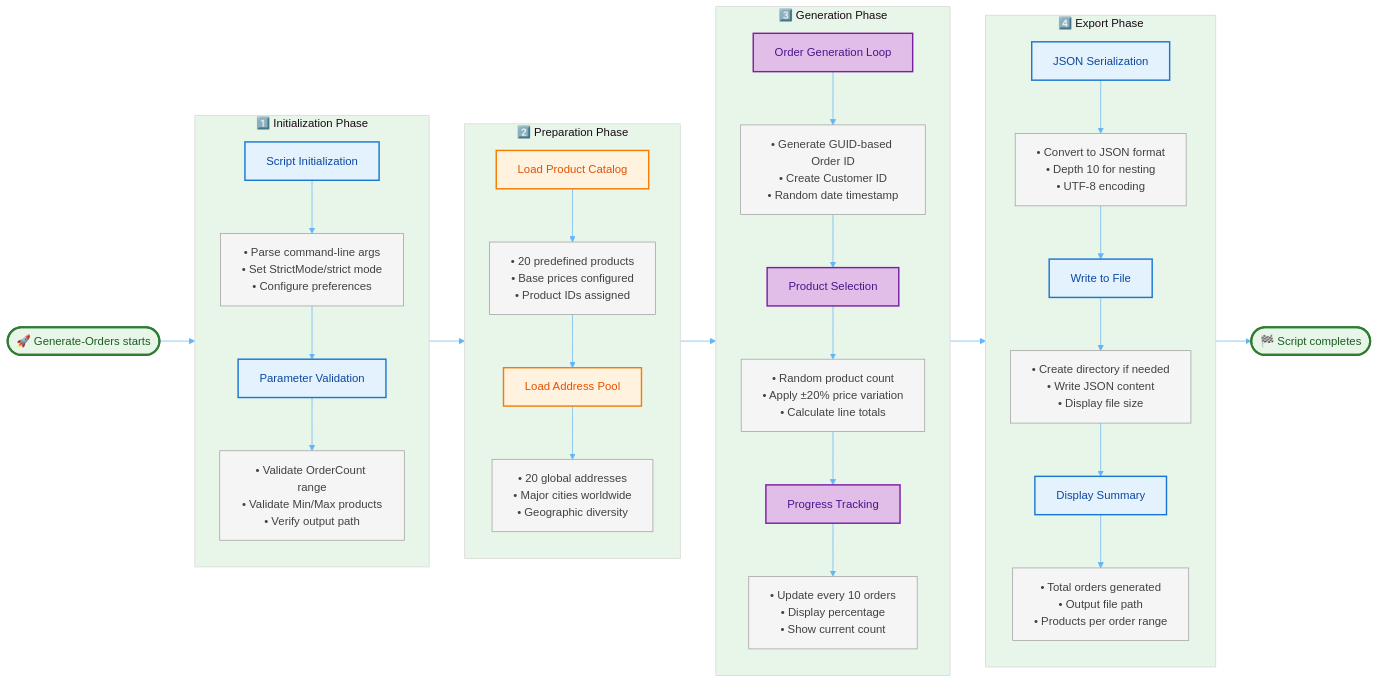
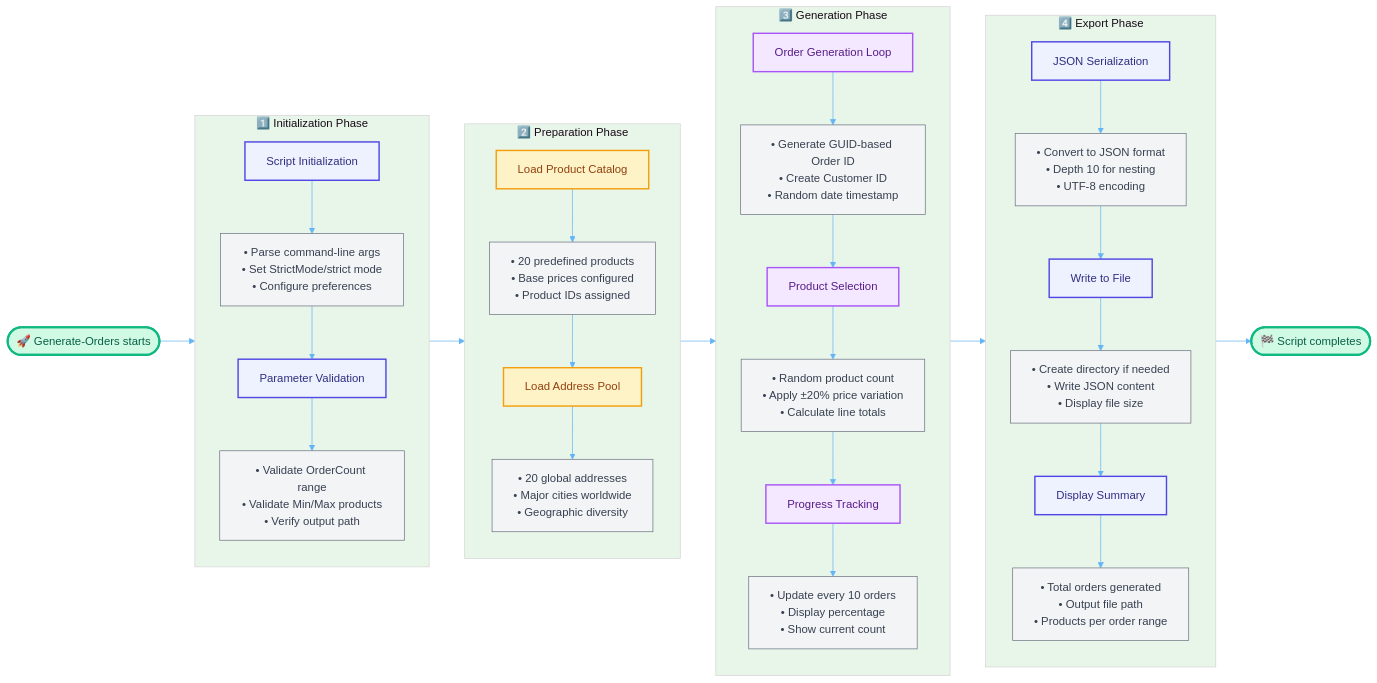
The diagram in docs/hooks/Generate-Orders.md (Evilazaro/Azure-LogicApps-Monitoring), drawn with Mermaid before and after one commit. The commit also changed 11 other files, not shown here.

Commit message:
feat(docs): Update diagrams with modern color palette for improved accessibility and clarity

```diff
--- a/docs/hooks/Generate-Orders.md
+++ b/docs/hooks/Generate-Orders.md
@@ -566,11 +566,11 @@
     %% --- Style Definitions ---
     %% Color palette follows Material Design guidelines
     %% Green: Success states | Blue: Process steps | Orange: Data ops | Purple: Generation
-    classDef startEndStyle fill:#e8f5e9,stroke:#2e7d32,stroke-width:3px,color:#1b5e20
-    classDef processStyle fill:#e3f2fd,stroke:#1976d2,stroke-width:2px,color:#0d47a1
-    classDef detailStyle fill:#f5f5f5,stroke:#9e9e9e,stroke-width:1px,color:#424242
-    classDef dataStyle fill:#fff3e0,stroke:#f57c00,stroke-width:2px,color:#e65100
-    classDef generateStyle fill:#e1bee7,stroke:#7b1fa2,stroke-width:2px,color:#4a148c
+    classDef startEndStyle fill:#D1FAE5,stroke:#10B981,stroke-width:3px,color:#065F46
+    classDef processStyle fill:#EEF2FF,stroke:#4F46E5,stroke-width:2px,color:#312E81
+    classDef detailStyle fill:#F3F4F6,stroke:#6B7280,stroke-width:1px,color:#374151
+    classDef dataStyle fill:#FEF3C7,stroke:#F59E0B,stroke-width:2px,color:#92400E
+    classDef generateStyle fill:#F3E8FF,stroke:#A855F7,stroke-width:2px,color:#581C87
 
     %% --- Apply Styles ---
     class Start,End startEndStyle
```
